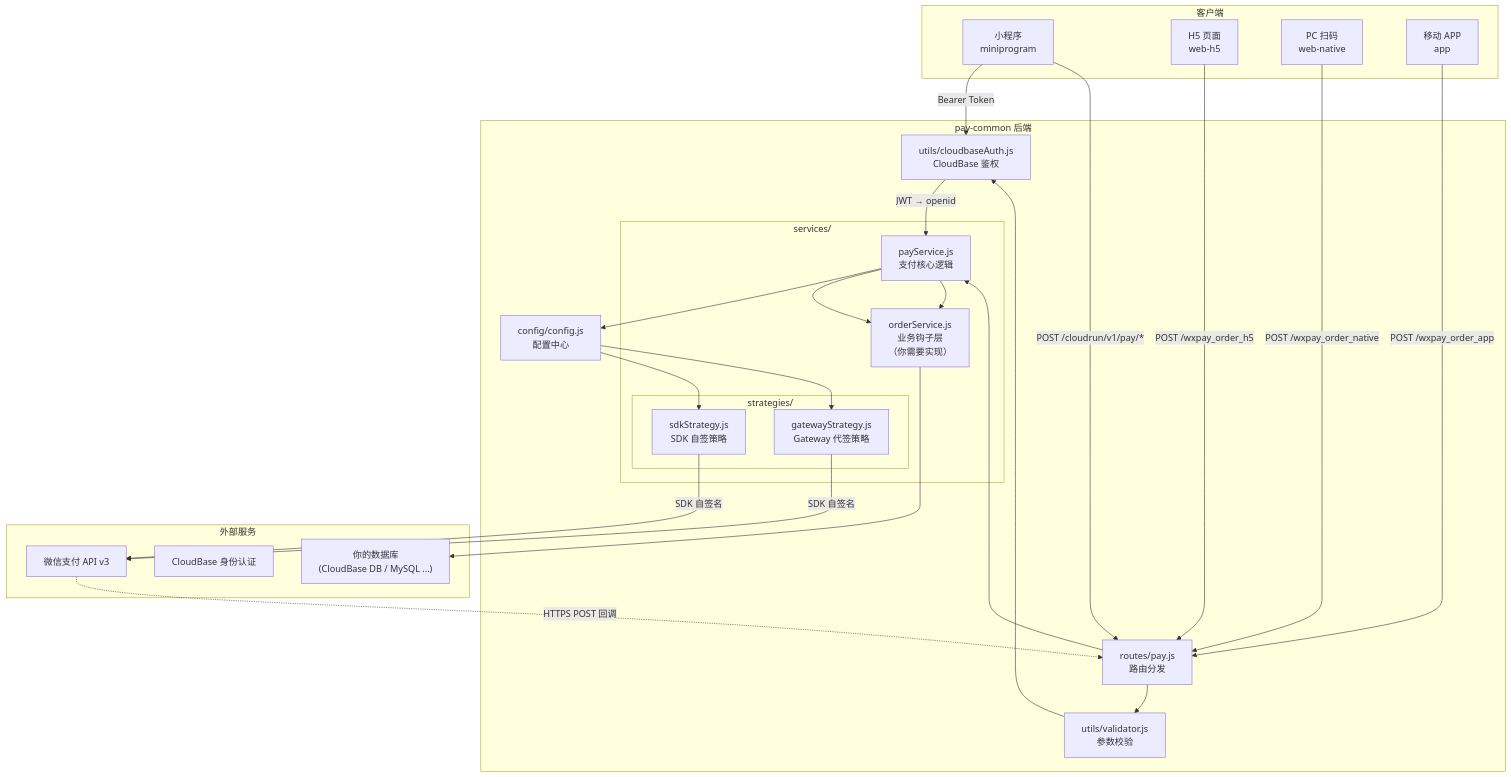
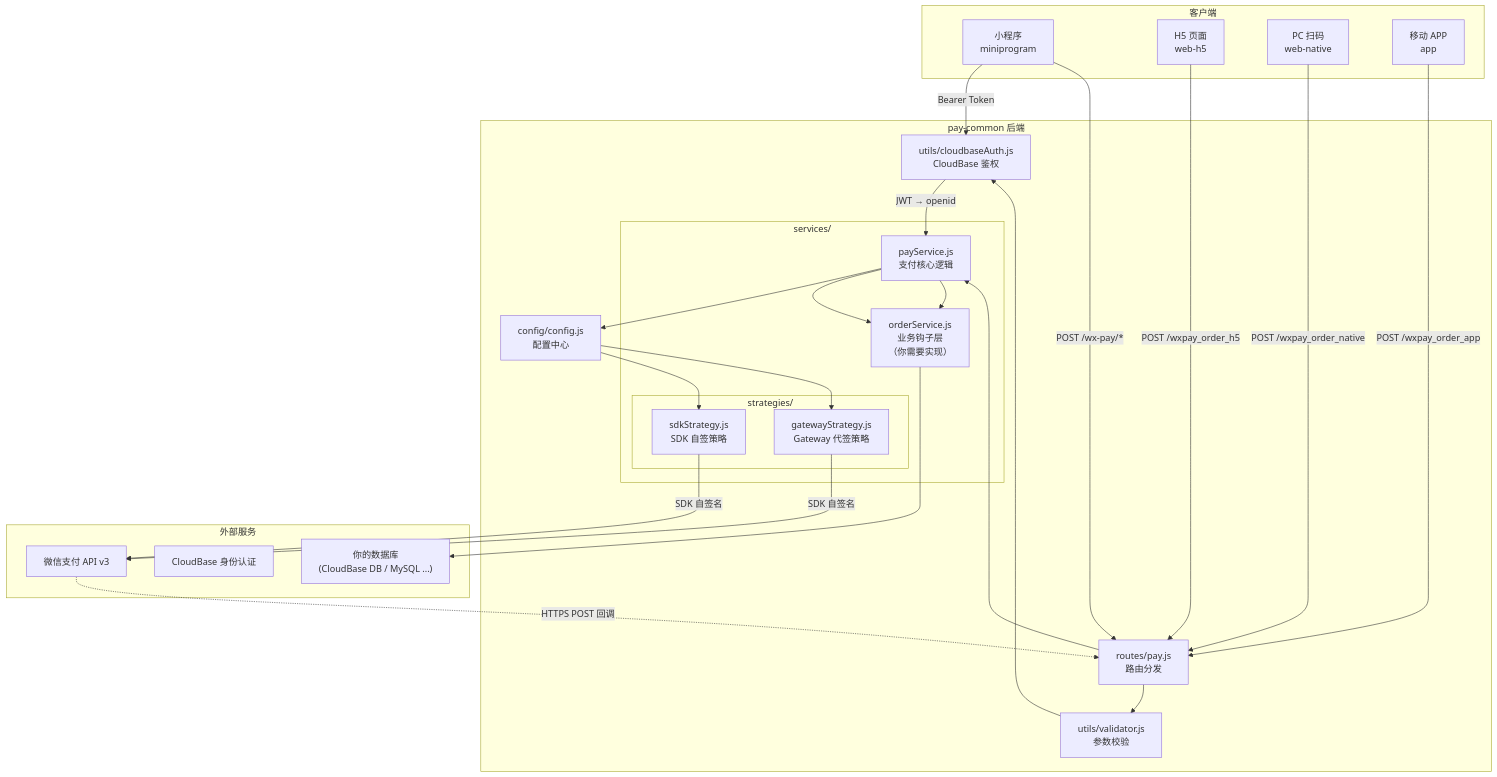
The first of 4 diagrams in integration/cloudbase-wx-pay/skill/cloudbase-wechatpay/assets/architecture.md (TencentCloudBase/awesome-cloudbase-examples), drawn with Mermaid before and after one commit. The commit also changed 19 other files, not shown here.

````diff
--- a/integration/cloudbase-wx-pay/skill/cloudbase-wechatpay/assets/architecture.md
+++ b/integration/cloudbase-wx-pay/skill/cloudbase-wechatpay/assets/architecture.md
@@ -5,57 +5,57 @@
 ```mermaid
 graph TB
     subgraph Clients["客户端"]
         MP["小程序<br/>miniprogram"]
         H5["H5 页面<br/>web-h5"]
         NATIVE["PC 扫码<br/>web-native"]
         APP["移动 APP<br/>app"]
     end
 
     subgraph PayCommon["pay-common 后端"]
         Router["routes/pay.js<br/>路由分发"]
         Validator["utils/validator.js<br/>参数校验"]
         Config["config/config.js<br/>配置中心"]
 
         subgraph Services["services/"]
             PaySvc["payService.js<br/>支付核心逻辑"]
             OrderSvc["orderService.js<br/>业务钩子层<br/>（你需要实现）"]
 
             subgraph Strategies["strategies/"]
                 SDKStrat["sdkStrategy.js<br/>SDK 自签策略"]
                 GWStrat["gatewayStrategy.js<br/>Gateway 代签策略"]
             end
         end
 
         Auth["utils/cloudbaseAuth.js<br/>CloudBase 鉴权"]
     end
 
     subgraph External["外部服务"]
         WXPAY["微信支付 API v3"]
         CBAuthSvc["CloudBase 身份认证"]
         DB["你的数据库<br/>(CloudBase DB / MySQL ...)"]
     end
 
     %% 客户端调用
     MP -->|"Bearer Token"| Auth
-    MP -->|"POST /cloudrun/v1/pay/*"| Router
+    MP -->|"POST /wx-pay/*"| Router
     H5 -->|"POST /wxpay_order_h5"| Router
     NATIVE -->|"POST /wxpay_order_native"| Router
     APP -->|"POST /wxpay_order_app"| Router
 
     %% 内部流转
     Router --> Validator
     Validator --> Auth
     Auth -->|"JWT → openid"| PaySvc
     PaySvc --> Config
     Config --> SDKStrat
     Config --> GWStrat
     SDKStrat -->|"SDK 自签名"| WXPAY
     GWStrat -->|"SDK 自签名"| WXPAY
     PaySvc --> OrderSvc
     OrderSvc --> DB
 
     %% 回调
     WXPAY -.->|"HTTPS POST 回调"| Router
     Router --> PaySvc
     PaySvc --> OrderSvc
 ```
````
